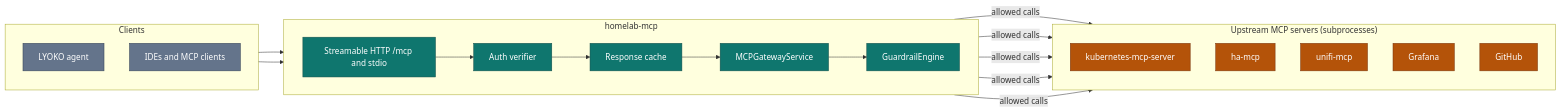
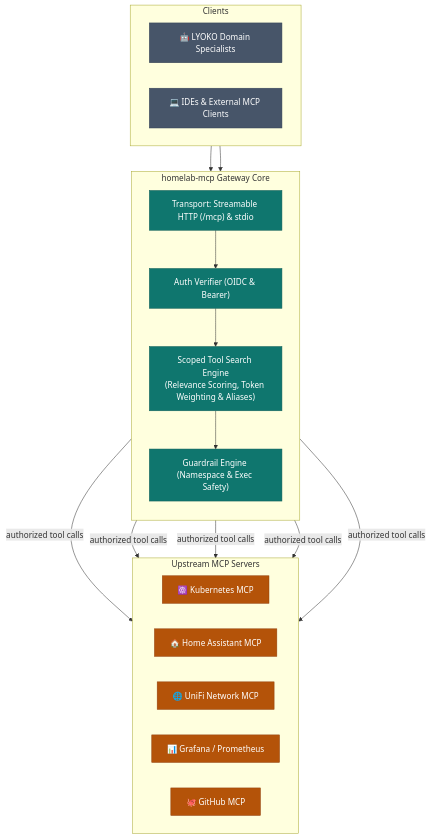
One commit to csp33/homelab-ai-ops changed the first of 2 diagrams in packages/mcps/homelab-mcp/README.md. Above: the diagram before and after it, drawn with Mermaid. The commit also changed other lines of this file and 2 other files, not shown here.

Commit message:
docs: refresh READMEs and architecture diagrams for hierarchical multi-agent architecture

````diff
--- a/packages/mcps/homelab-mcp/README.md
+++ b/packages/mcps/homelab-mcp/README.md
@@ -11,37 +11,42 @@
 ```mermaid
-flowchart LR
-    subgraph IN["Clients"]
-        direction TB
-        C1[LYOKO agent]
-        C2[IDEs and MCP clients]
+flowchart TD
+    %% Inbound Clients
+    subgraph Inbound ["Clients"]
+        direction LR
+        C1["🤖 LYOKO Domain Specialists"]
+        C2["💻 IDEs & External MCP Clients"]
     end
 
-    subgraph GW["homelab-mcp"]
-        direction LR
-        T[Streamable HTTP /mcp and stdio] --> AUTH[Auth verifier]
-        AUTH --> CACHE[Response cache]
-        CACHE --> SVC[MCPGatewayService]
-        SVC --> GUARD[GuardrailEngine]
+    %% Gateway Core
+    subgraph GW ["homelab-mcp Gateway Core"]
+        direction TB
+        T["Transport: Streamable HTTP (/mcp) & stdio"]
+        AUTH["Auth Verifier (OIDC & Bearer)"]
+        SEARCH["Scoped Tool Search Engine<br/>(Relevance Scoring, Token Weighting & Aliases)"]
+        GUARD["Guardrail Engine (Namespace & Exec Safety)"]
+        
+        T --> AUTH --> SEARCH --> GUARD
     end
 
-    subgraph UP["Upstream MCP servers (subprocesses)"]
-        direction TB
-        K8S[kubernetes-mcp-server]
-        HA[ha-mcp]
-        UNIFI[unifi-mcp]
-        GRAF[Grafana]
-        GH[GitHub]
+    %% Upstreams
+    subgraph UP ["Upstream MCP Servers"]
+        direction LR
+        K8S["☸️ Kubernetes MCP"]
+        HA["🏠 Home Assistant MCP"]
+        UNIFI["🌐 UniFi Network MCP"]
+        GRAF["📊 Grafana / Prometheus"]
+        GH["🐙 GitHub MCP"]
     end
 
     C1 --> T
     C2 --> T
-    GUARD -->|allowed calls| K8S & HA & UNIFI & GRAF & GH
+    GUARD -->|authorized tool calls| K8S & HA & UNIFI & GRAF & GH
 
-    classDef client fill:#64748b,stroke:#334155,color:#fff;
-    classDef gateway fill:#0f766e,stroke:#134e4a,color:#fff;
-    classDef upstream fill:#b45309,stroke:#78350f,color:#fff;
+    classDef client fill:#475569,stroke:#334155,color:#fff;
+    classDef gateway fill:#0f766e,stroke:#115e59,color:#fff;
+    classDef upstream fill:#b45309,stroke:#92400e,color:#fff;
 
     class C1,C2 client;
-    class T,AUTH,CACHE,SVC,GUARD gateway;
+    class T,AUTH,SEARCH,GUARD gateway;
     class K8S,HA,UNIFI,GRAF,GH upstream;
 ```
````
